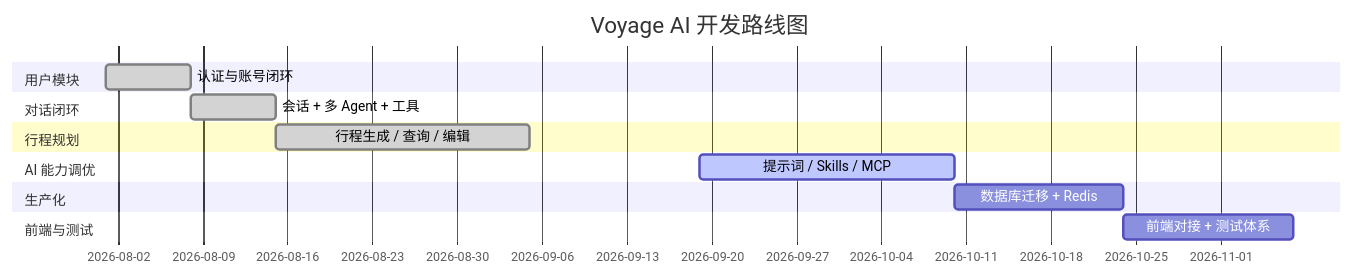
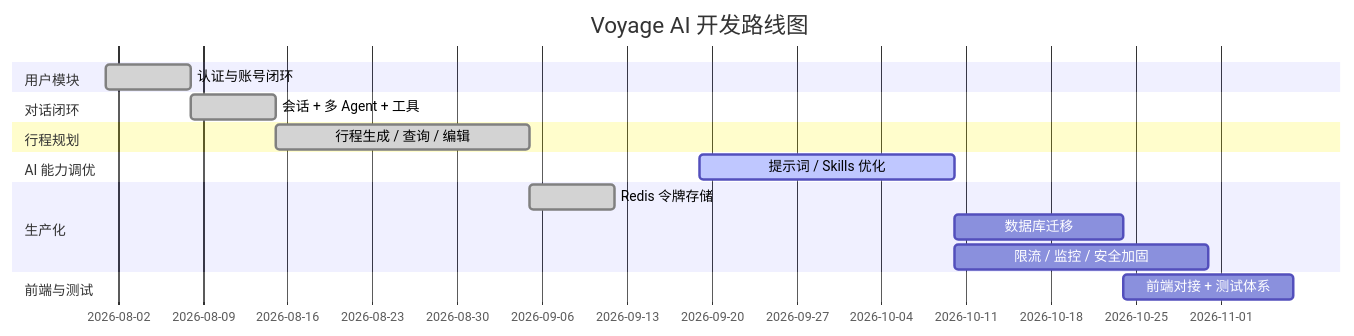
The fourth of 4 diagrams in README.md (Luoqiaocong/voyage), drawn with Mermaid before and after one commit. The commit also changed other lines of this file, not shown here.

````diff
--- a/README.md
+++ b/README.md
@@ -201,23 +155,25 @@
 ```mermaid
 gantt
     title Voyage AI 开发路线图
     dateFormat  YYYY-MM-DD
 
     section 用户模块
     认证与账号闭环        :done, p1, 2026-08-01, 7d
 
     section 对话闭环
     会话 + 多 Agent + 工具  :done, p2, 2026-08-08, 7d
 
     section 行程规划
     行程生成 / 查询 / 编辑  :done, p3, 2026-08-15, 21d
 
     section AI 能力调优
-    提示词 / Skills / MCP      :active, p4, 2026-09-19, 21d
+    提示词 / Skills 优化    :active, p4, 2026-09-19, 21d
 
     section 生产化
-    数据库迁移 + Redis     :p5, 2026-10-10, 14d
+    Redis 令牌存储          :done, p5, 2026-09-05, 7d
+    数据库迁移              :p5b, 2026-10-10, 14d
+    限流 / 监控 / 安全加固  :p5c, 2026-10-10, 21d
 
     section 前端与测试
     前端对接 + 测试体系     :p6, 2026-10-24, 14d
 ```
````
